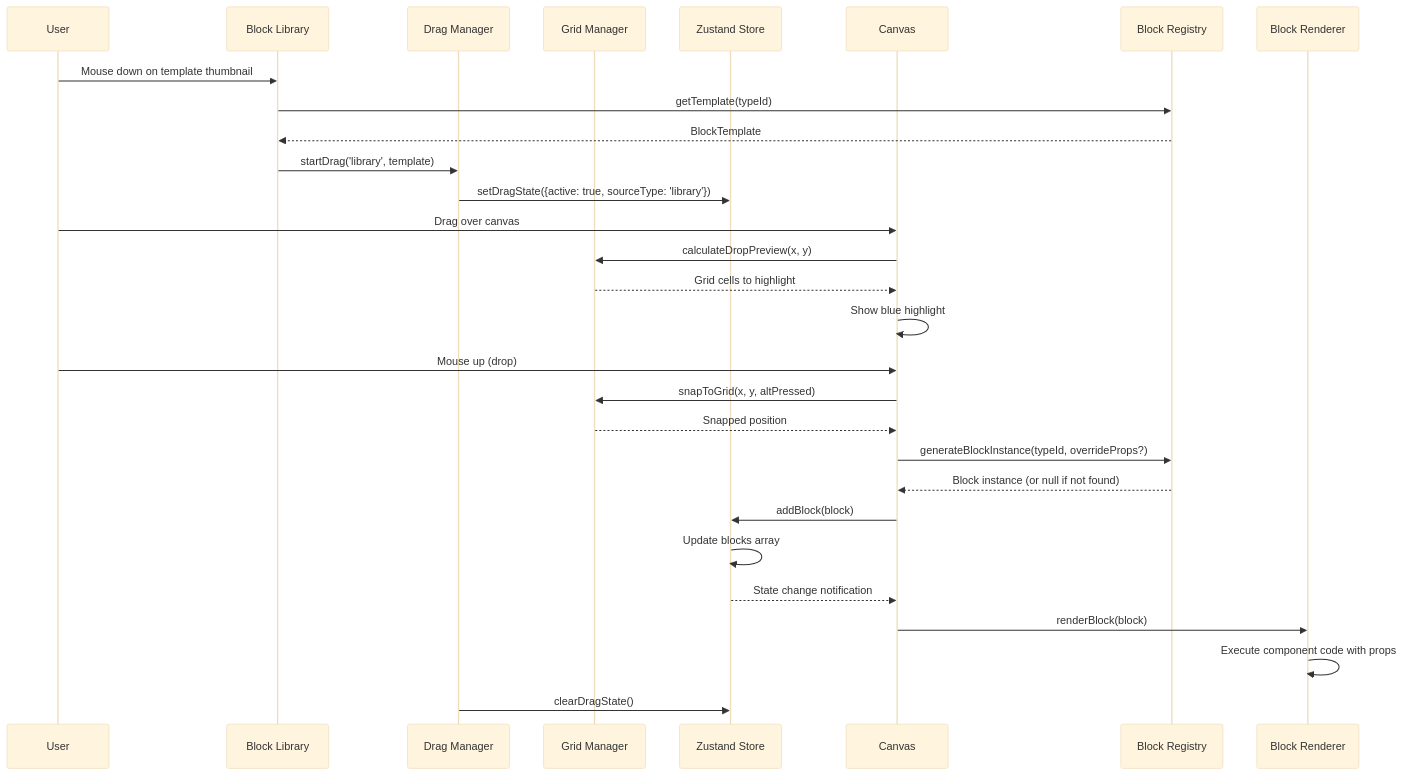
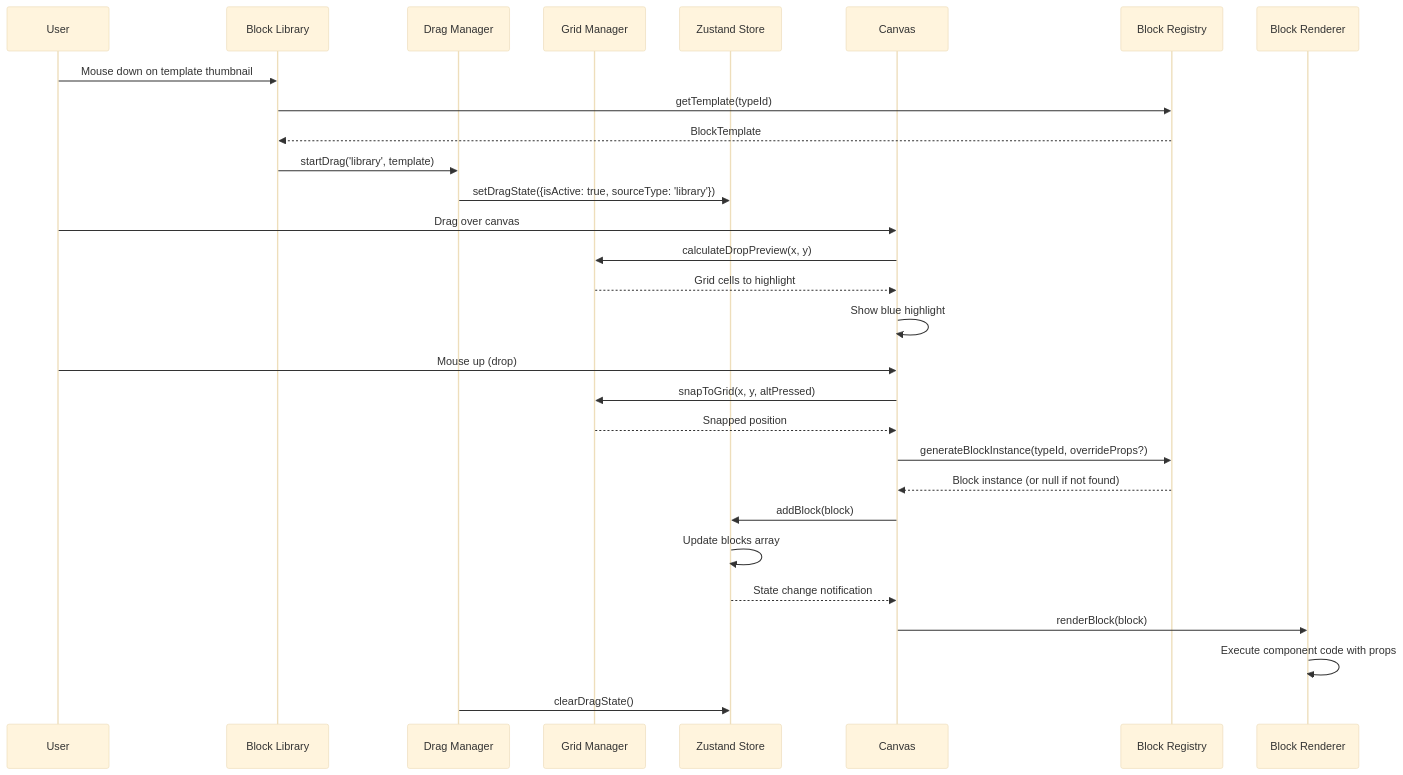
Before and after one commit to litkeys/DraftCN: the third of 8 diagrams in docs/architecture.md, drawn with Mermaid (base theme). The commit also changed other lines of this file and 10 other files, not shown here.

First line of the commit message:
Architectural realignment

````diff
--- a/docs/architecture.md
+++ b/docs/architecture.md
@@ -616,34 +629,34 @@
 ```mermaid
 sequenceDiagram
     participant User
     participant Sidebar as Block Library
     participant DragMgr as Drag Manager
     participant GridMgr as Grid Manager
     participant Store as Zustand Store
     participant Canvas
     participant Registry as Block Registry
     participant Renderer as Block Renderer
 
     User->>Sidebar: Mouse down on template thumbnail
     Sidebar->>Registry: getTemplate(typeId)
     Registry-->>Sidebar: BlockTemplate
     Sidebar->>DragMgr: startDrag('library', template)
-    DragMgr->>Store: setDragState({active: true, sourceType: 'library'})
+    DragMgr->>Store: setDragState({isActive: true, sourceType: 'library'})
     
     User->>Canvas: Drag over canvas
     Canvas->>GridMgr: calculateDropPreview(x, y)
     GridMgr-->>Canvas: Grid cells to highlight
     Canvas->>Canvas: Show blue highlight
     
     User->>Canvas: Mouse up (drop)
     Canvas->>GridMgr: snapToGrid(x, y, altPressed)
     GridMgr-->>Canvas: Snapped position
     Canvas->>Registry: generateBlockInstance(typeId, overrideProps?)
     Registry-->>Canvas: Block instance (or null if not found)
     Canvas->>Store: addBlock(block)
     Store->>Store: Update blocks array
     Store-->>Canvas: State change notification
     Canvas->>Renderer: renderBlock(block)
     Renderer->>Renderer: Execute component code with props
     DragMgr->>Store: clearDragState()
 ```
````
